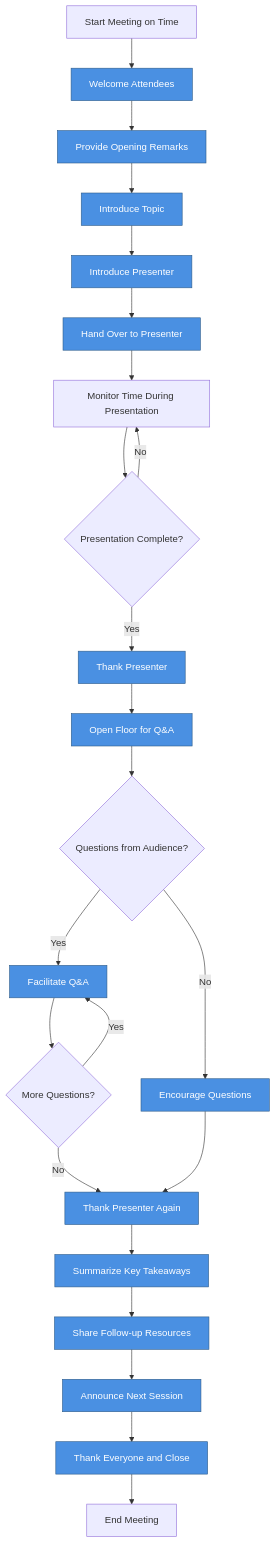
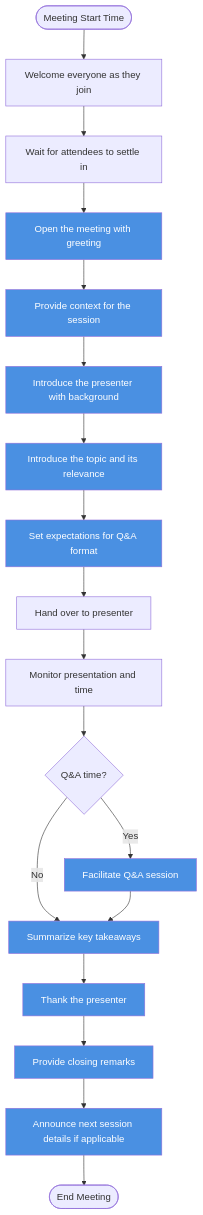
Before and after one commit to nordicsushi/Efficient-communication-at-workplace: the third of 4 diagrams in examples/task-stage-1-output.md, drawn with Mermaid. The commit also changed other lines of this file and 3 other files, not shown here.

````diff
--- a/examples/task-stage-1-output.md
+++ b/examples/task-stage-1-output.md
@@ -83,40 +67,31 @@
 ```mermaid
 graph TD
-    A[Start Meeting on Time] --> B[Welcome Attendees]
-    B --> C[Provide Opening Remarks]
-    C --> D[Introduce Topic]
-    D --> E[Introduce Presenter]
-    E --> F[Hand Over to Presenter]
-    F --> G[Monitor Time During Presentation]
-    G --> H{Presentation Complete?}
-    H -->|No| G
-    H -->|Yes| I[Thank Presenter]
-    I --> J[Open Floor for Q&A]
-    J --> K{Questions from Audience?}
-    K -->|Yes| L[Facilitate Q&A]
-    K -->|No| M[Encourage Questions]
-    L --> N{More Questions?}
-    N -->|Yes| L
-    N -->|No| O[Thank Presenter Again]
-    M --> O
-    O --> P[Summarize Key Takeaways]
-    P --> Q[Share Follow-up Resources]
-    Q --> R[Announce Next Session]
-    R --> S[Thank Everyone and Close]
-    S --> T[End Meeting]
-    
-    style B fill:#4A90E2,stroke:#2E5C8A,color:#fff
-    style C fill:#4A90E2,stroke:#2E5C8A,color:#fff
-    style D fill:#4A90E2,stroke:#2E5C8A,color:#fff
-    style E fill:#4A90E2,stroke:#2E5C8A,color:#fff
-    style F fill:#4A90E2,stroke:#2E5C8A,color:#fff
-    style I fill:#4A90E2,stroke:#2E5C8A,color:#fff
-    style J fill:#4A90E2,stroke:#2E5C8A,color:#fff
-    style L fill:#4A90E2,stroke:#2E5C8A,color:#fff
-    style M fill:#4A90E2,stroke:#2E5C8A,color:#fff
-    style O fill:#4A90E2,stroke:#2E5C8A,color:#fff
-    style P fill:#4A90E2,stroke:#2E5C8A,color:#fff
-    style Q fill:#4A90E2,stroke:#2E5C8A,color:#fff
-    style R fill:#4A90E2,stroke:#2E5C8A,color:#fff
-    style S fill:#4A90E2,stroke:#2E5C8A,color:#fff
+    Start([Meeting Start Time]) --> A1[Welcome everyone as they join]
+    A1 --> A2[Wait for attendees to settle in]
+    A2 --> B1[Open the meeting with greeting]
+    B1 --> B2[Provide context for the session]
+    B2 --> B3[Introduce the presenter with background]
+    B3 --> B4[Introduce the topic and its relevance]
+    B4 --> B5[Set expectations for Q&A format]
+    B5 --> C1[Hand over to presenter]
+    C1 --> C2[Monitor presentation and time]
+    C2 --> D1{Q&A time?}
+    D1 -->|Yes| D2[Facilitate Q&A session]
+    D1 -->|No| E1[Summarize key takeaways]
+    D2 --> E1
+    E1 --> E2[Thank the presenter]
+    E2 --> E3[Provide closing remarks]
+    E3 --> E4[Announce next session details if applicable]
+    E4 --> End([End Meeting])
+
+    style B1 fill:#4A90E2,color:#fff
+    style B2 fill:#4A90E2,color:#fff
+    style B3 fill:#4A90E2,color:#fff
+    style B4 fill:#4A90E2,color:#fff
+    style B5 fill:#4A90E2,color:#fff
+    style D2 fill:#4A90E2,color:#fff
+    style E1 fill:#4A90E2,color:#fff
+    style E2 fill:#4A90E2,color:#fff
+    style E3 fill:#4A90E2,color:#fff
+    style E4 fill:#4A90E2,color:#fff
 ```
````
